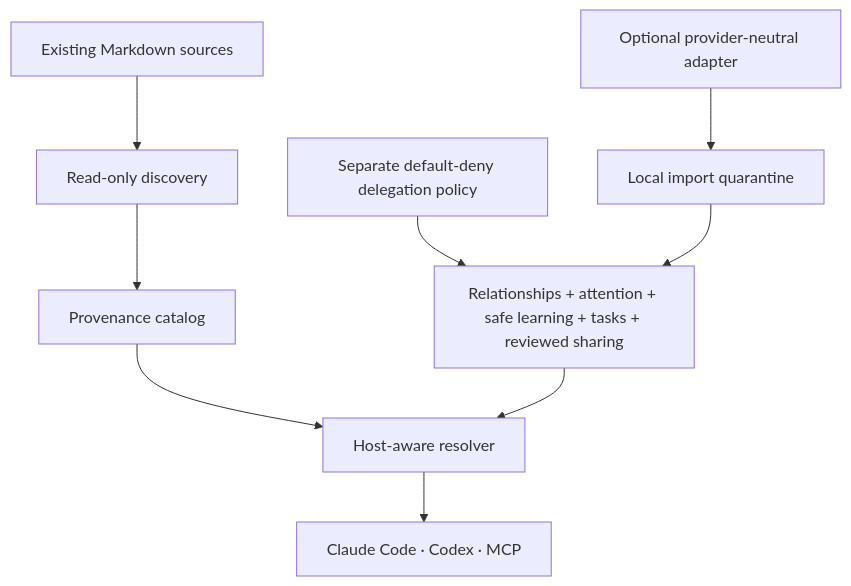
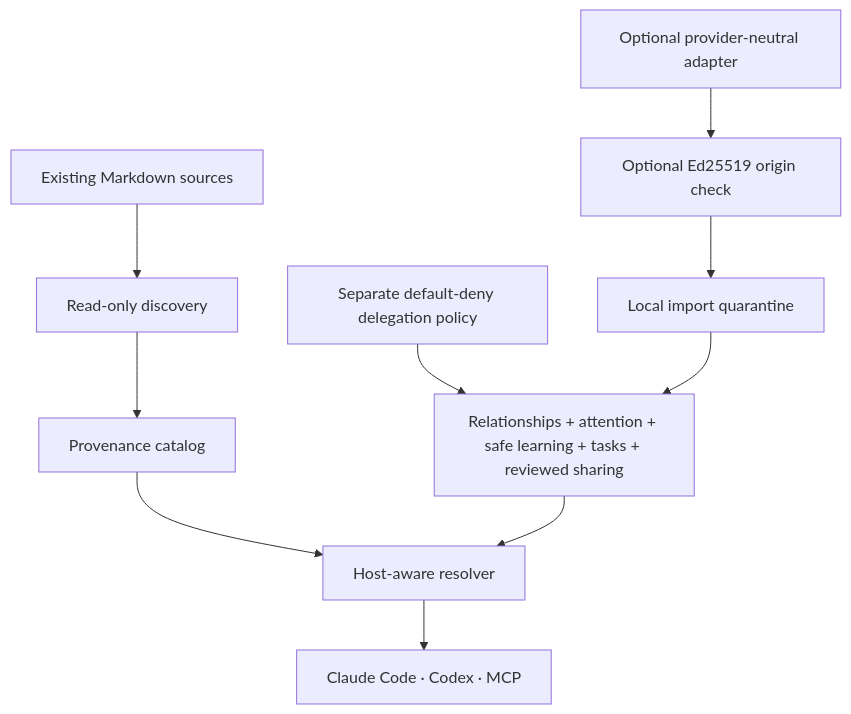
Before and after one commit to Maykbiletti/AgentSpine: the first of 2 diagrams in README.md, drawn with Mermaid. The commit also changed other lines of this file and 17 other files, not shown here.

````diff
--- a/README.md
+++ b/README.md
@@ -30,10 +30,10 @@
 ```mermaid
 flowchart TB
     A["Existing Markdown sources"] --> B["Read-only discovery"]
     B --> C["Provenance catalog"]
     C --> D["Host-aware resolver"]
     F["Relationships + attention + safe learning + tasks + reviewed sharing"] --> D
     P["Separate default-deny delegation policy"] --> F
-    X["Optional provider-neutral adapter"] --> Q["Local import quarantine"] --> F
+    X["Optional provider-neutral adapter"] --> S["Optional Ed25519 origin check"] --> Q["Local import quarantine"] --> F
     D --> E["Claude Code · Codex · MCP"]
 ```
````
